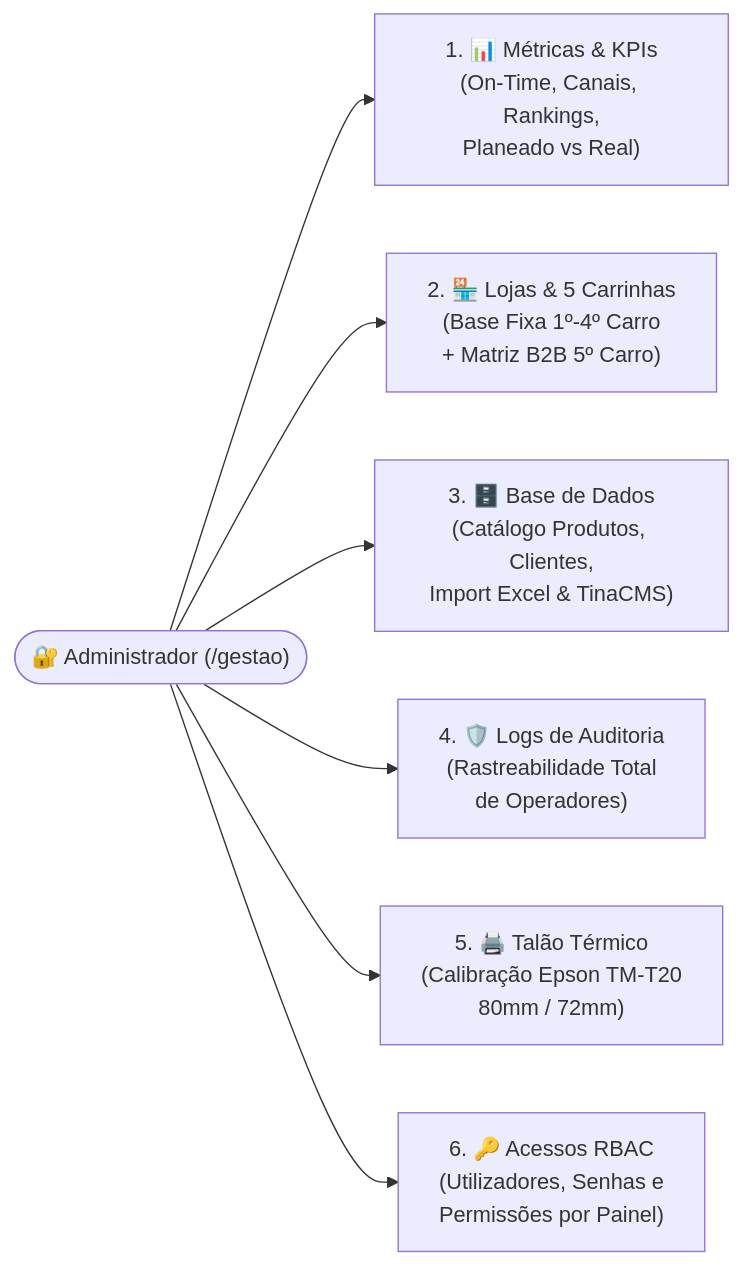
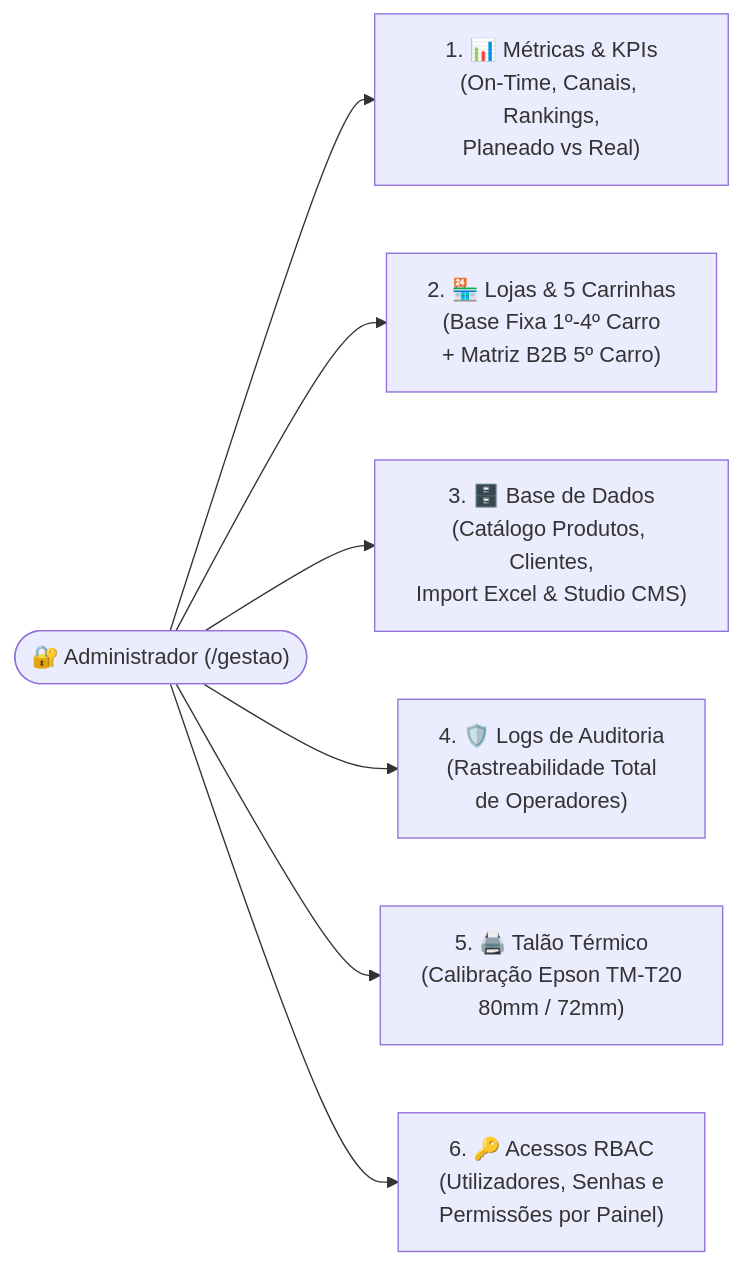
The diagram in docs/03_Manual_Administrador_Configuracoes_e_KPIs_Gestao.md (lfcarreiras/App-Padaria), drawn with Mermaid before and after one commit. The commit also changed other lines of this file and 25 other files, not shown here.

Commit message:
chore(v2.1.3): remove redundant tinacms external dependency and update docs/PDFs to Studio CMS Nativo (/cms)

````diff
--- a/docs/03_Manual_Administrador_Configuracoes_e_KPIs_Gestao.md
+++ b/docs/03_Manual_Administrador_Configuracoes_e_KPIs_Gestao.md
@@ -28,9 +28,9 @@
 ```mermaid
 flowchart LR
     Admin(["🔐 Administrador (/gestao)"]) --> T1["1. 📊 Métricas & KPIs\n(On-Time, Canais, Rankings,\nPlaneado vs Real)"]
     Admin --> T2["2. 🏪 Lojas & 5 Carrinhas\n(Base Fixa 1º-4º Carro\n+ Matriz B2B 5º Carro)"]
-    Admin --> T3["3. 🗄️ Base de Dados\n(Catálogo Produtos, Clientes,\nImport Excel & TinaCMS)"]
+    Admin --> T3["3. 🗄️ Base de Dados\n(Catálogo Produtos, Clientes,\nImport Excel & Studio CMS)"]
     Admin --> T4["4. 🛡️ Logs de Auditoria\n(Rastreabilidade Total\nde Operadores)"]
     Admin --> T5["5. 🖨️ Talão Térmico\n(Calibração Epson TM-T20\n80mm / 72mm)"]
     Admin --> T6["6. 🔑 Acessos RBAC\n(Utilizadores, Senhas e\nPermissões por Painel)"]
 ```
````
